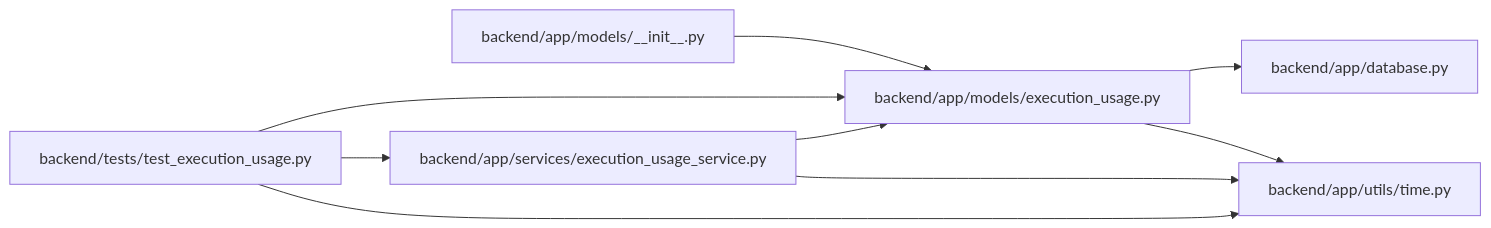
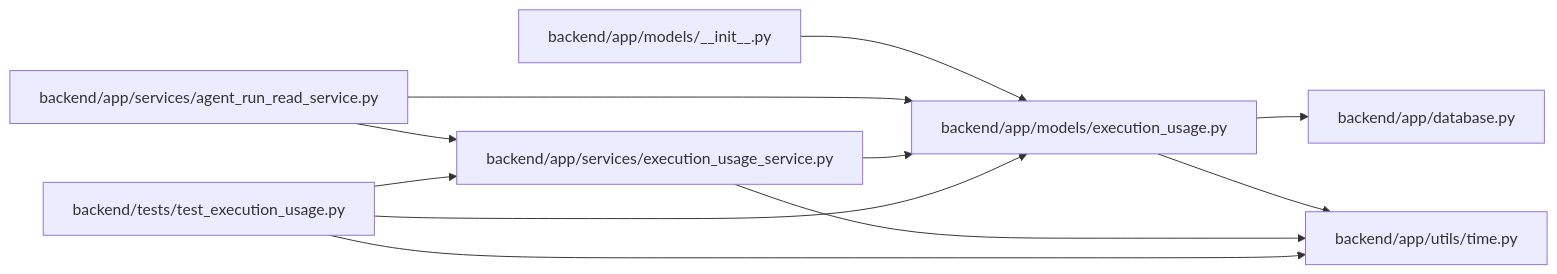
The diagram in docs/llm_wiki/modules/models_execution_usage.md (Denissvgn/WorkChord), drawn with Mermaid before and after one commit. The commit also changed other lines of this file and 879 other files, not shown here.

````diff
--- a/docs/llm_wiki/modules/models_execution_usage.md
+++ b/docs/llm_wiki/modules/models_execution_usage.md
@@ -24,23 +24,27 @@
 ```mermaid
 flowchart LR
     n0["backend/app/database.py"]
     n1["backend/app/models/__init__.py"]
     n2["backend/app/models/execution_usage.py"]
-    n3["backend/app/services/execution_usage_service.py"]
-    n4["backend/app/utils/time.py"]
-    n5["backend/tests/test_execution_usage.py"]
+    n3["backend/app/services/agent_run_read_service.py"]
+    n4["backend/app/services/execution_usage_service.py"]
+    n5["backend/app/utils/time.py"]
+    n6["backend/tests/test_execution_usage.py"]
     n1 --> n2
     n2 --> n0
-    n2 --> n4
+    n2 --> n5
     n3 --> n2
     n3 --> n4
-    n5 --> n2
-    n5 --> n3
-    n5 --> n4
+    n4 --> n2
+    n4 --> n5
+    n6 --> n2
+    n6 --> n4
+    n6 --> n5
     click n0 "../modules/app_database.md"
     click n1 "../modules/models___init__.md"
     click n2 "../modules/models_execution_usage.md"
-    click n3 "../modules/execution_usage_service.md"
-    click n4 "../modules/time.md"
-    click n5 "../modules/test_execution_usage.md"
+    click n3 "../modules/agent_run_read_service.md"
+    click n4 "../modules/execution_usage_service.md"
+    click n5 "../modules/time.md"
+    click n6 "../modules/test_execution_usage.md"
 ```
````
